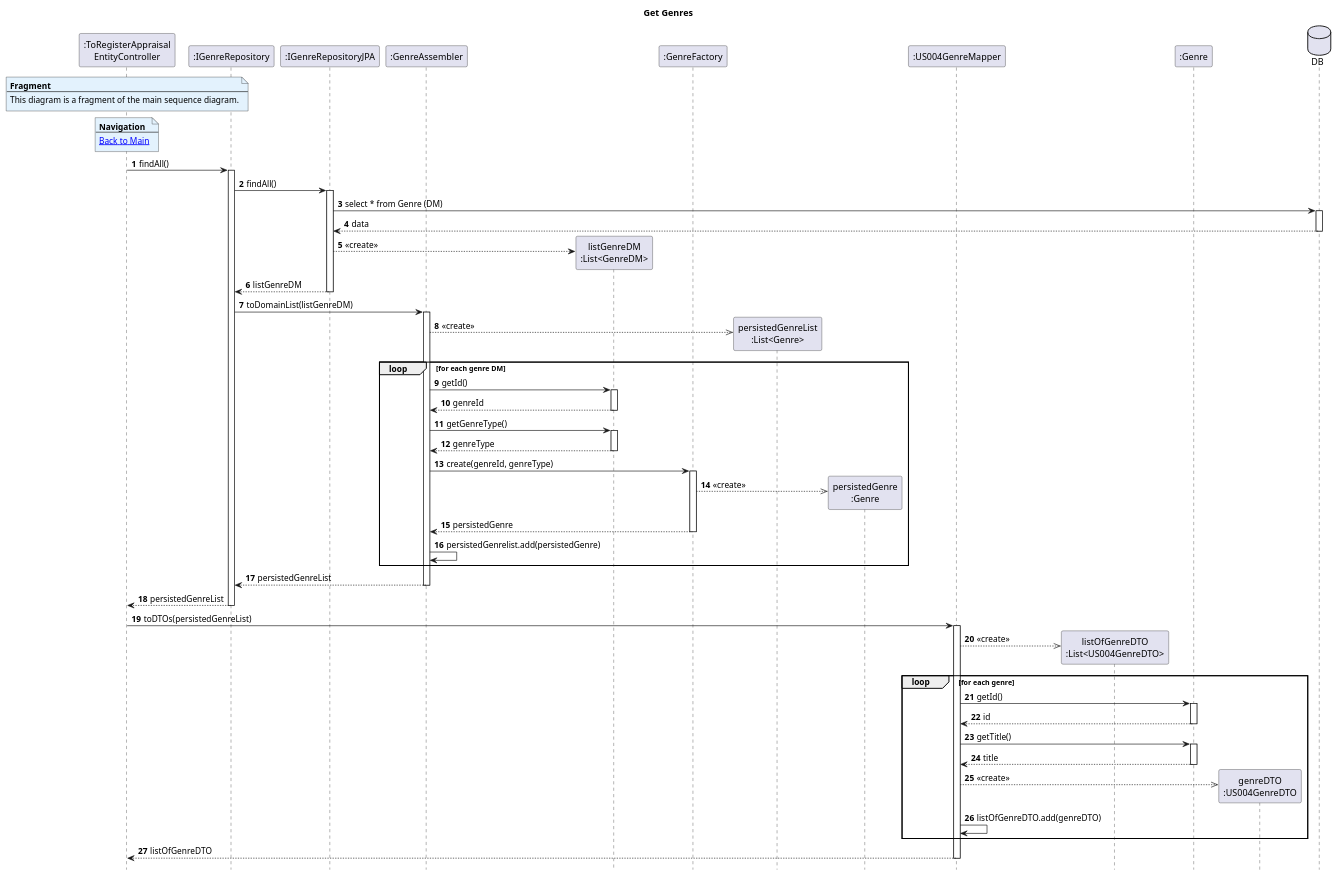
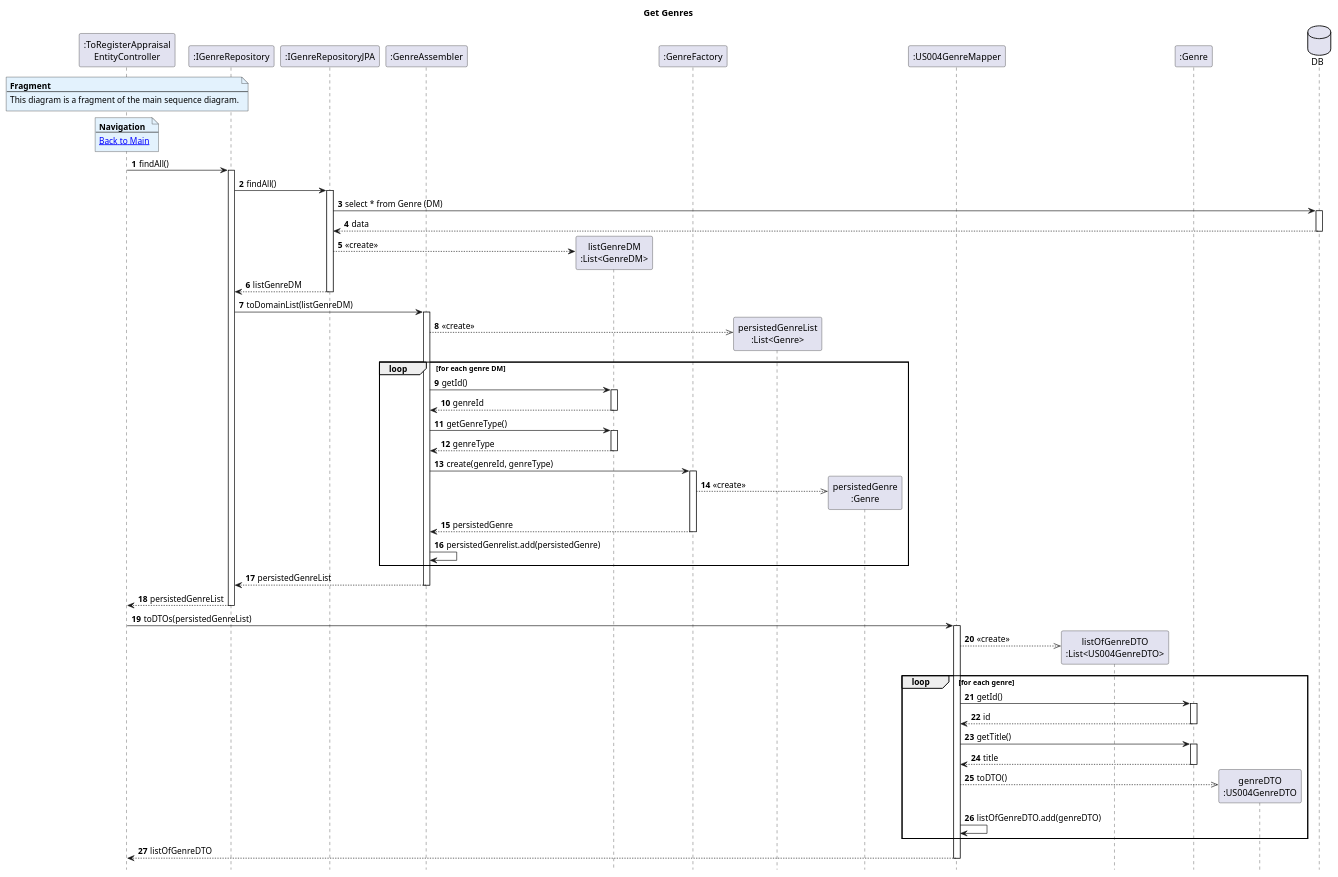
One commit to AndrePereiraGitH/SWitCH-Project-Team_A changed the diagram in Diagrams/SequenceDiagrams/N2/To-register-an-Appraisal-Entity/2.GetGenres.puml. Above: the diagram before and after it, drawn with PlantUML. The commit also changed 2 other files, not shown here.

Commit message:
fix #709: minor adjustments were made to the SD to better represent DTO conversion

```diff
--- a/Diagrams/SequenceDiagrams/N2/To-register-an-Appraisal-Entity/2.GetGenres.puml
+++ b/Diagrams/SequenceDiagrams/N2/To-register-an-Appraisal-Entity/2.GetGenres.puml
@@ -1,105 +1,105 @@
 @startuml
 hide footbox
 autonumber
 title Get Genres
 
 participant ":ToRegisterAppraisal\nEntityController" as Controller
 
 participant ":IGenreRepository" as GenreRepo
 participant ":IGenreRepositoryJPA" as RepoJPA
 participant ":GenreAssembler" as GenreAssembler
 participant "listGenreDM\n:List<GenreDM>" as GenreDMs
 participant ":GenreFactory" as GenreFactory
 participant "persistedGenreList\n:List<Genre>" as persistedGenreList
 participant "persistedGenre\n:Genre" as persistedGenre
 
 participant ":US004GenreMapper" as GenreMapper
 participant "listOfGenreDTO\n:List<US004GenreDTO>" as GenreDTO
 participant ":Genre" as Genre
 participant "genreDTO\n:US004GenreDTO" as GDTO
 
 database "DB" as DB
 
 note over Controller #E3F2FD
 <b>Fragment</b>
 ---
 This diagram is a fragment of the main sequence diagram.
 end note
 
 note over Controller #E3F2FD
 <b>Navigation</b>
 ---
 [[1.MainDiagram.puml Back to Main]]
 end note
 
 Controller -> GenreRepo : findAll()
 activate GenreRepo
 
 GenreRepo -> RepoJPA : findAll()
 activate RepoJPA
 
 RepoJPA -> DB : select * from Genre (DM)
 activate DB
 DB --> RepoJPA : data
 deactivate DB
 
 RepoJPA --> GenreDMs ** : <<create>>
 RepoJPA --> GenreRepo : listGenreDM
 deactivate RepoJPA
 
 GenreRepo -> GenreAssembler : toDomainList(listGenreDM)
 activate GenreAssembler
 
 GenreAssembler -->> persistedGenreList ** : <<create>>
 
 loop for each genre DM
     GenreAssembler -> GenreDMs : getId()
     activate GenreDMs
     GenreDMs --> GenreAssembler : genreId
     deactivate GenreDMs
 
     GenreAssembler -> GenreDMs : getGenreType()
     activate GenreDMs
     GenreDMs --> GenreAssembler : genreType
     deactivate GenreDMs
 
     GenreAssembler -> GenreFactory : create(genreId, genreType)
     activate GenreFactory
     GenreFactory -->> persistedGenre ** : <<create>>
     GenreFactory --> GenreAssembler : persistedGenre
     deactivate GenreFactory
 
     GenreAssembler -> GenreAssembler : persistedGenrelist.add(persistedGenre)
 end
 
 GenreAssembler --> GenreRepo : persistedGenreList
 deactivate GenreAssembler
 
 GenreRepo --> Controller : persistedGenreList
 deactivate GenreRepo
 
 Controller -> GenreMapper : toDTOs(persistedGenreList)
 activate GenreMapper
 
 GenreMapper -->> GenreDTO ** : <<create>>
 
 loop for each genre
     GenreMapper -> Genre : getId()
     activate Genre
     Genre --> GenreMapper : id
     deactivate Genre
 
     GenreMapper -> Genre : getTitle()
     activate Genre
     Genre --> GenreMapper : title
     deactivate Genre
 
-    GenreMapper -->> GDTO ** : <<create>>
+    GenreMapper -->> GDTO ** : toDTO()
     GenreMapper -> GenreMapper : listOfGenreDTO.add(genreDTO)
 end
 
 GenreMapper --> Controller : listOfGenreDTO
 deactivate GenreMapper
 
 
 @enduml
```
